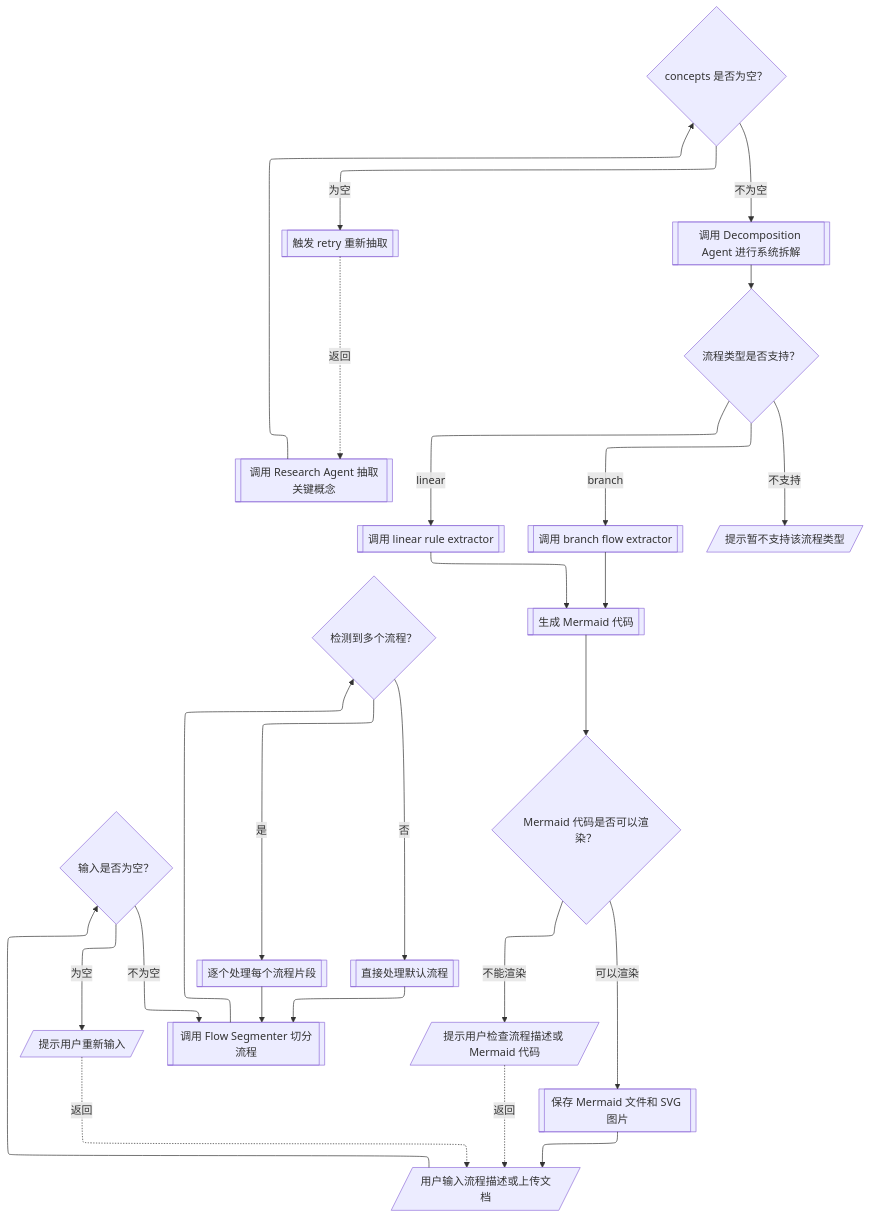
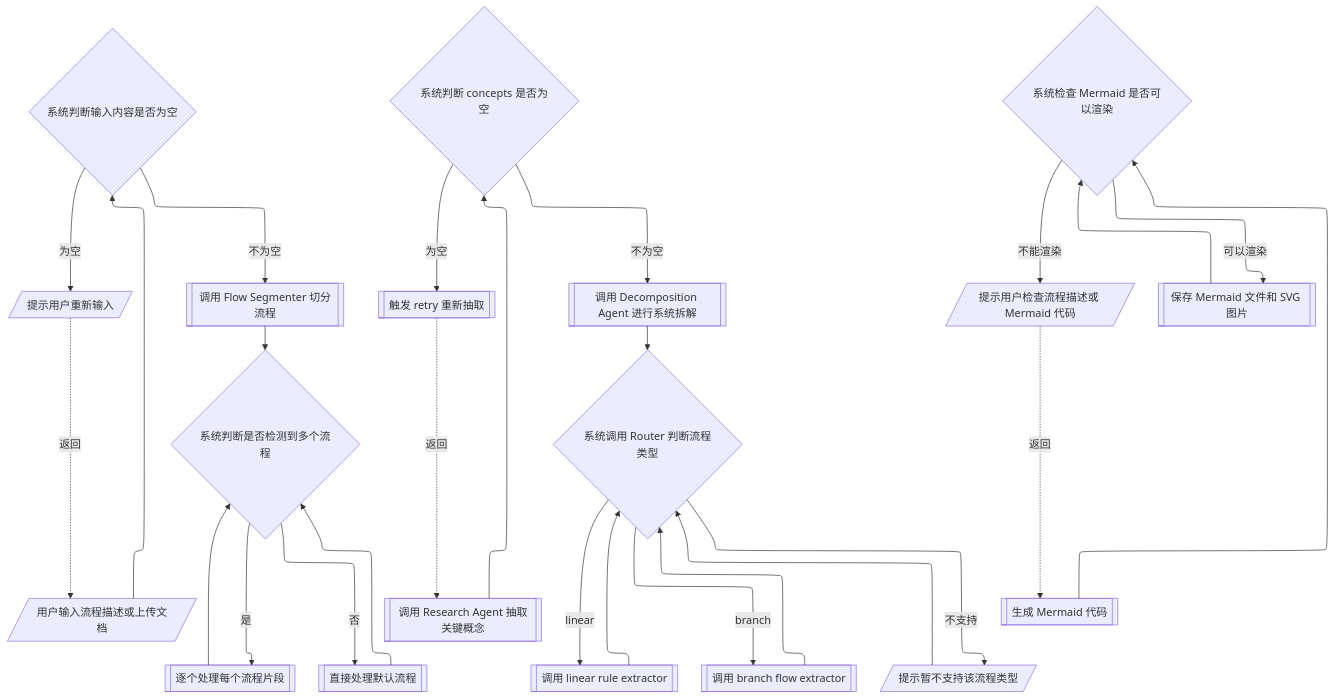
Before and after one commit to Junhan-Duan/Agent-Practise: the diagram in diagrams/flow_04_branch.mmd, drawn with Mermaid. The commit also changed 13 other files, not shown here.

```diff
--- a/diagrams/flow_04_branch.mmd
+++ b/diagrams/flow_04_branch.mmd
@@ -1,46 +1,47 @@
 %%{init: {"flowchart": {"defaultRenderer": "elk"}}}%%
 flowchart TD
 A[/"用户输入流程描述或上传文档"/]
-B{"输入是否为空？"}
+B{"系统判断输入内容是否为空"}
 C[/"提示用户重新输入"/]
 D[["调用 Flow Segmenter 切分流程"]]
-E{"检测到多个流程？"}
+E{"系统判断是否检测到多个流程"}
 F[["逐个处理每个流程片段"]]
 G[["直接处理默认流程"]]
 H[["调用 Research Agent 抽取关键概念"]]
-I{"concepts 是否为空？"}
+I{"系统判断 concepts 是否为空"}
 J[["触发 retry 重新抽取"]]
 K[["调用 Decomposition Agent 进行系统拆解"]]
-L{"流程类型是否支持？"}
+L{"系统调用 Router 判断流程类型"}
 M[["调用 linear rule extractor"]]
 N[["调用 branch flow extractor"]]
 O[/"提示暂不支持该流程类型"/]
-P[["生成 Mermaid 代码"]]
-Q{"Mermaid 代码是否可以渲染？"}
-R[/"提示用户检查流程描述或 Mermaid 代码"/]
-S[["保存 Mermaid 文件和 SVG 图片"]]
+Q[["生成 Mermaid 代码"]]
+R{"系统检查 Mermaid 是否可以渲染"}
+S[/"提示用户检查流程描述或 Mermaid 代码"/]
+T[["保存 Mermaid 文件和 SVG 图片"]]
 
 A --> B
 B -->|为空| C
+C -.->|返回| A
 B -->|不为空| D
-C -.->|返回| A
 D --> E
 E -->|是| F
 E -->|否| G
-F --> D
-G --> D
+F --> E
+G --> E
 H --> I
 I -->|为空| J
+J -.->|返回| H
 I -->|不为空| K
-J -.->|返回| H
 K --> L
 L -->|linear| M
 L -->|branch| N
 L -->|不支持| O
-M --> P
-N --> P
-P --> Q
-Q -->|不能渲染| R
-Q -->|可以渲染| S
-R -.->|返回| A
-S --> A
+M --> L
+N --> L
+O --> L
+Q --> R
+R -->|不能渲染| S
+S -.->|返回| Q
+R -->|可以渲染| T
+T --> R
```
